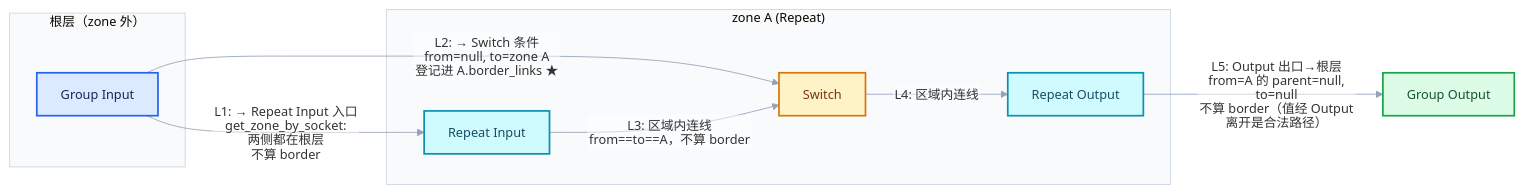
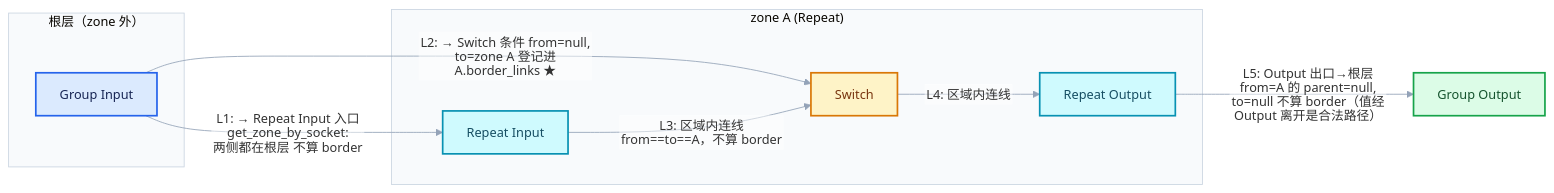
Before and after one commit to yunkezengren/blender-.vscode: the seventh of 8 diagrams in 杂/markdown/重复区域-dsh/01-Zone系统基础/01-NodeTreeZone区域表示与配对.md, drawn with Mermaid. The commit also changed other lines of this file and 27 other files, not shown here.

````diff
--- a/杂/markdown/重复区域-dsh/01-Zone系统基础/01-NodeTreeZone区域表示与配对.md
+++ b/杂/markdown/重复区域-dsh/01-Zone系统基础/01-NodeTreeZone区域表示与配对.md
@@ -1128,24 +940,24 @@
 ```mermaid
 %%{init: {"theme":"base","themeVariables":{"fontFamily":"\"Segoe UI\",\"Microsoft YaHei\",sans-serif","fontSize":"15px","lineColor":"#94A3B8","edgeLabelBackground":"#FFFFFF","clusterBkg":"#F8FAFC","clusterBorder":"#CBD5E1"},"flowchart":{"htmlLabels":false,"curve":"basis","nodeSpacing":52,"rankSpacing":64,"padding":14,"diagramPadding":16,"useMaxWidth":true},"sequence":{"useMaxWidth":true,"wrap":true,"mirrorActors":false,"messageMargin":36}}}%%
 flowchart LR
   subgraph OUT["根层（zone 外）"]
     GI["Group Input"]:::input
   end
   subgraph ZA["zone A (Repeat)"]
     RI["Repeat Input"]:::data
     SW["Switch"]:::compute
     RO["Repeat Output"]:::data
   end
   GO["Group Output"]:::result
-  GI -->|"L1: → Repeat Input 入口<br/>get_zone_by_socket: 两侧都在根层<br/>不算 border"| RI
-  GI -->|"L2: → Switch 条件<br/>from=null, to=zone A<br/>登记进 A.border_links ★"| SW
-  RI -->|"L3: 区域内连线<br/>from==to==A，不算 border"| SW
+  GI -->|"L1: → Repeat Input 入口 get_zone_by_socket: 两侧都在根层 不算 border"| RI
+  GI -->|"L2: → Switch 条件 from=null, to=zone A 登记进 A.border_links ★"| SW
+  RI -->|"L3: 区域内连线 from==to==A，不算 border"| SW
   SW -->|"L4: 区域内连线"| RO
-  RO -->|"L5: Output 出口→根层<br/>from=A 的 parent=null, to=null<br/>不算 border（值经 Output 离开是合法路径）"| GO
+  RO -->|"L5: Output 出口→根层 from=A 的 parent=null, to=null 不算 border（值经 Output 离开是合法路径）"| GO
   classDef input fill:#DBEAFE,stroke:#2563EB,color:#172554,stroke-width:2px;
   classDef data fill:#CFFAFE,stroke:#0891B2,color:#164E63,stroke-width:2px;
   classDef abstraction fill:#EDE9FE,stroke:#7C3AED,color:#3B0764,stroke-width:2px;
   classDef compute fill:#FEF3C7,stroke:#D97706,color:#78350F,stroke-width:2px;
   classDef result fill:#DCFCE7,stroke:#16A34A,color:#14532D,stroke-width:2px;
   classDef error fill:#FEE2E2,stroke:#DC2626,color:#7F1D1D,stroke-width:2px;
 ```
````
